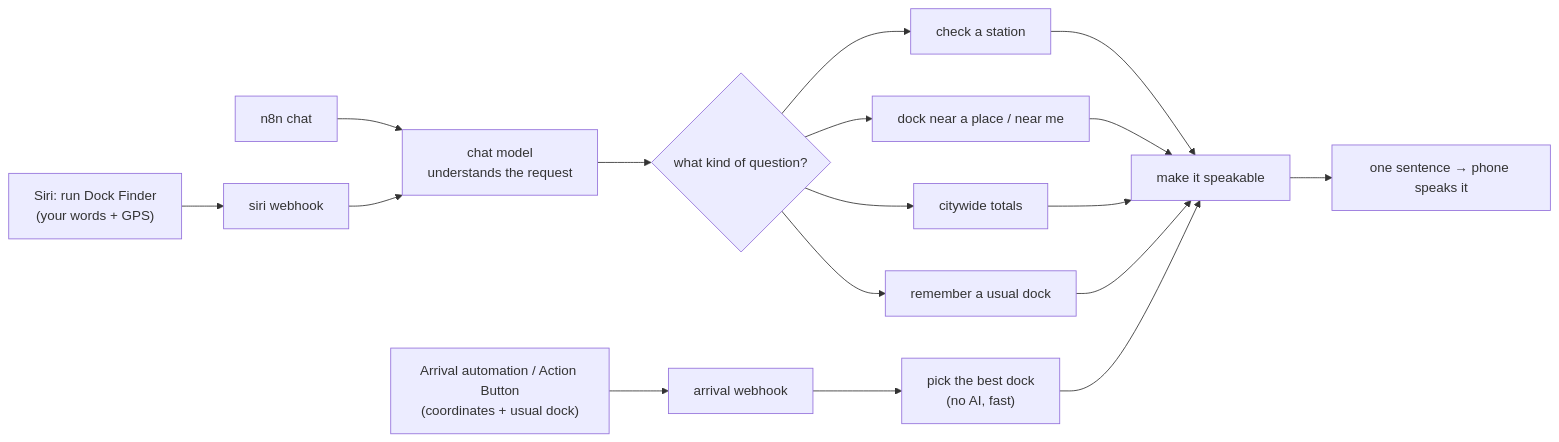
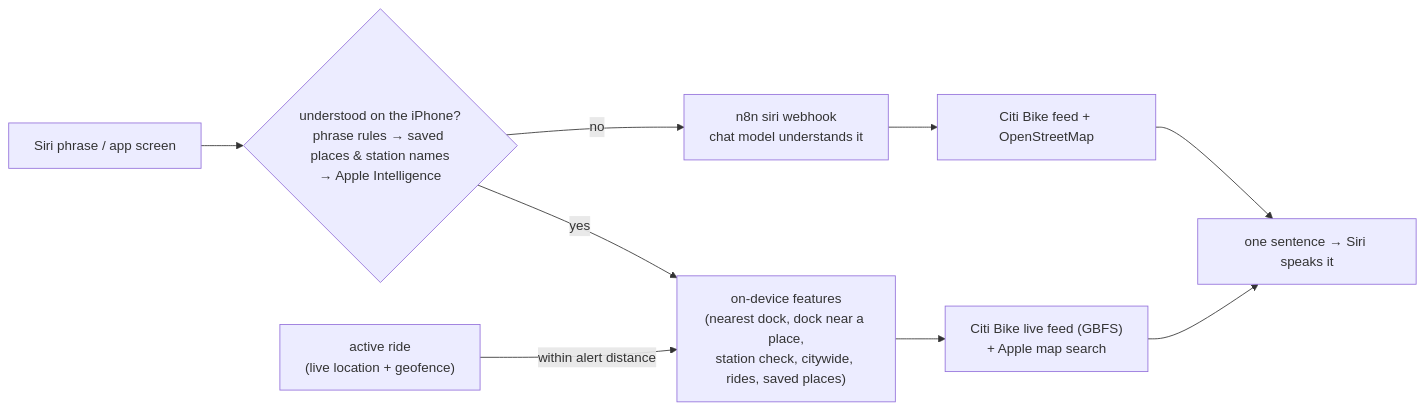
The diagram in README.md (HLNave/citibike-smart-dock-assistant), drawn with Mermaid before and after one commit. The commit also changed other lines of this file and 1 other file, not shown here.

First line of the commit message:
Update READMEs for the Dock Finder app and its Siri phrases

````diff
--- a/README.md
+++ b/README.md
@@ -39,15 +94,10 @@
 ```mermaid
 flowchart LR
-  A["Arrival automation / Action Button<br/>(coordinates + usual dock)"] --> W1["arrival webhook"]
-  S["Siri: run Dock Finder<br/>(your words + GPS)"] --> W2["siri webhook"]
-  C["n8n chat"] --> AI
-  W2 --> AI["chat model<br/>understands the request"]
-  AI --> R{"what kind of question?"}
-  R --> ST["check a station"]
-  R --> PL["dock near a place / near me"]
-  R --> NW["citywide totals"]
-  R --> RM["remember a usual dock"]
-  W1 --> PK["pick the best dock<br/>(no AI, fast)"]
-  ST & PL & NW & RM & PK --> SP["make it speakable"]
-  SP --> V["one sentence → phone speaks it"]
+  S["Siri phrase / app screen"] --> P{"understood on the iPhone?<br/>phrase rules → saved places & station names<br/>→ Apple Intelligence"}
+  P -- yes --> D["on-device features<br/>(nearest dock, dock near a place,<br/>station check, citywide, rides, saved places)"]
+  D --> F["Citi Bike live feed (GBFS)<br/>+ Apple map search"]
+  P -- no --> W2["n8n siri webhook<br/>chat model understands it"]
+  W2 --> F2["Citi Bike feed + OpenStreetMap"]
+  F & F2 --> V["one sentence → Siri speaks it"]
+  R["active ride<br/>(live location + geofence)"] -- "within alert distance" --> D
 ```
````
